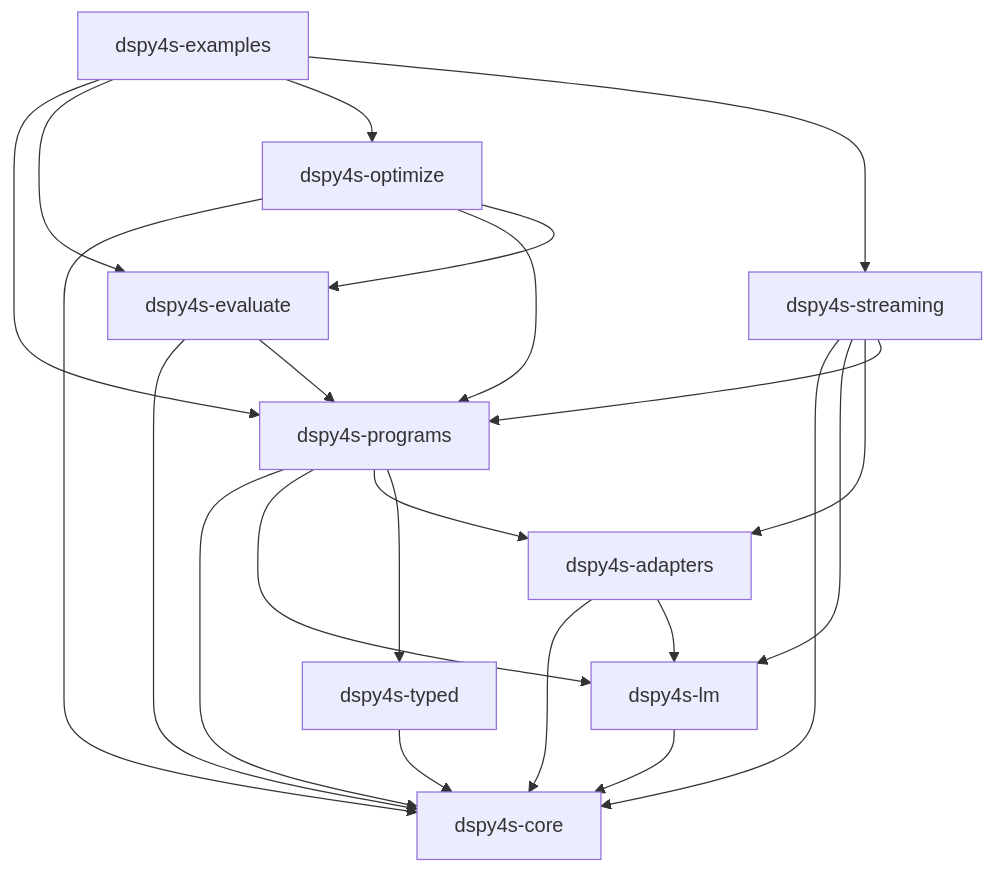
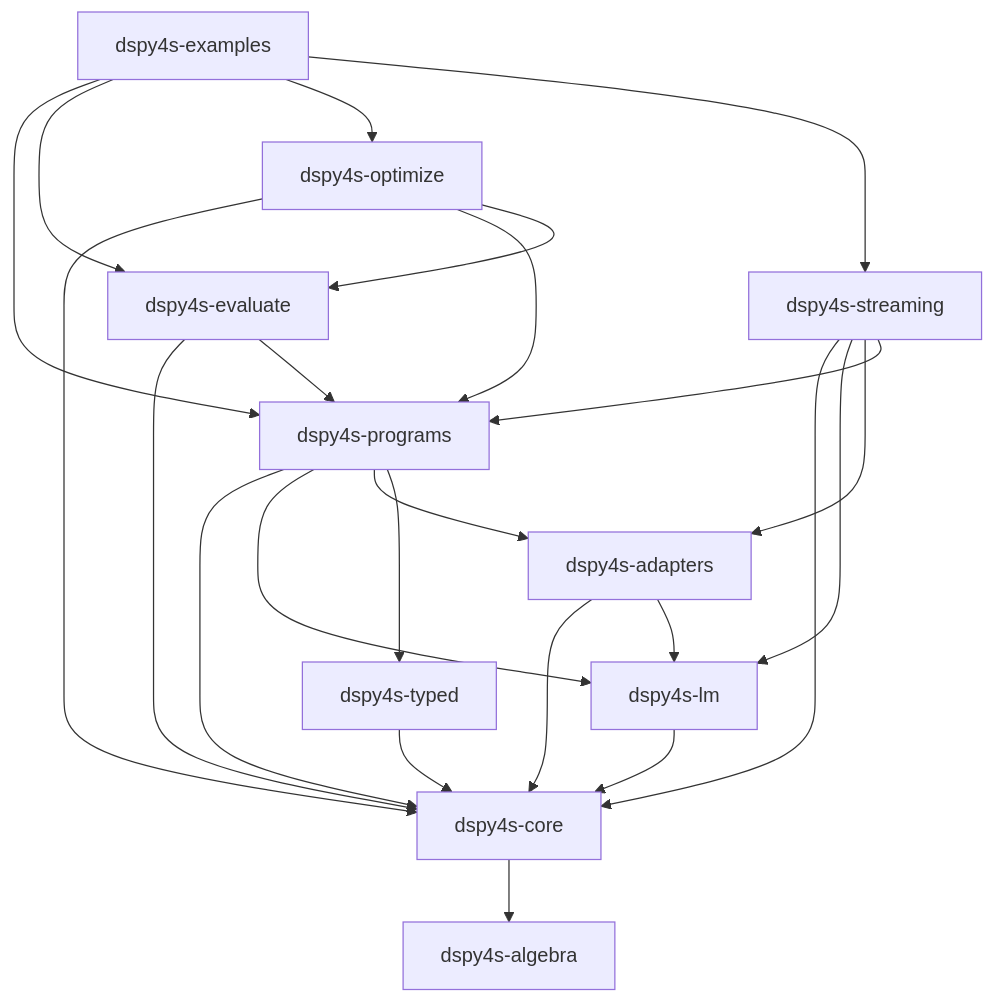
The diagram in docs/ARCHITECTURE.md (jpablo/dspy4s), drawn with Mermaid before and after one commit. The commit also changed other lines of this file and 50 other files, not shown here.

````diff
--- a/docs/ARCHITECTURE.md
+++ b/docs/ARCHITECTURE.md
@@ -17,34 +17,36 @@
 ```mermaid
 graph TD
+  algebra[dspy4s-algebra]
   core[dspy4s-core]
   typed[dspy4s-typed]
   lm[dspy4s-lm]
   adapters[dspy4s-adapters]
   programs[dspy4s-programs]
   evaluate[dspy4s-evaluate]
   optimize[dspy4s-optimize]
   streaming[dspy4s-streaming]
   examples[dspy4s-examples]
 
+  core --> algebra
   typed --> core
   lm --> core
   adapters --> core
   adapters --> lm
   programs --> core
   programs --> lm
   programs --> adapters
   programs --> typed
   evaluate --> core
   evaluate --> programs
   optimize --> core
   optimize --> programs
   optimize --> evaluate
   streaming --> core
   streaming --> lm
   streaming --> adapters
   streaming --> programs
   examples --> programs
   examples --> evaluate
   examples --> optimize
   examples --> streaming
 ```
````
